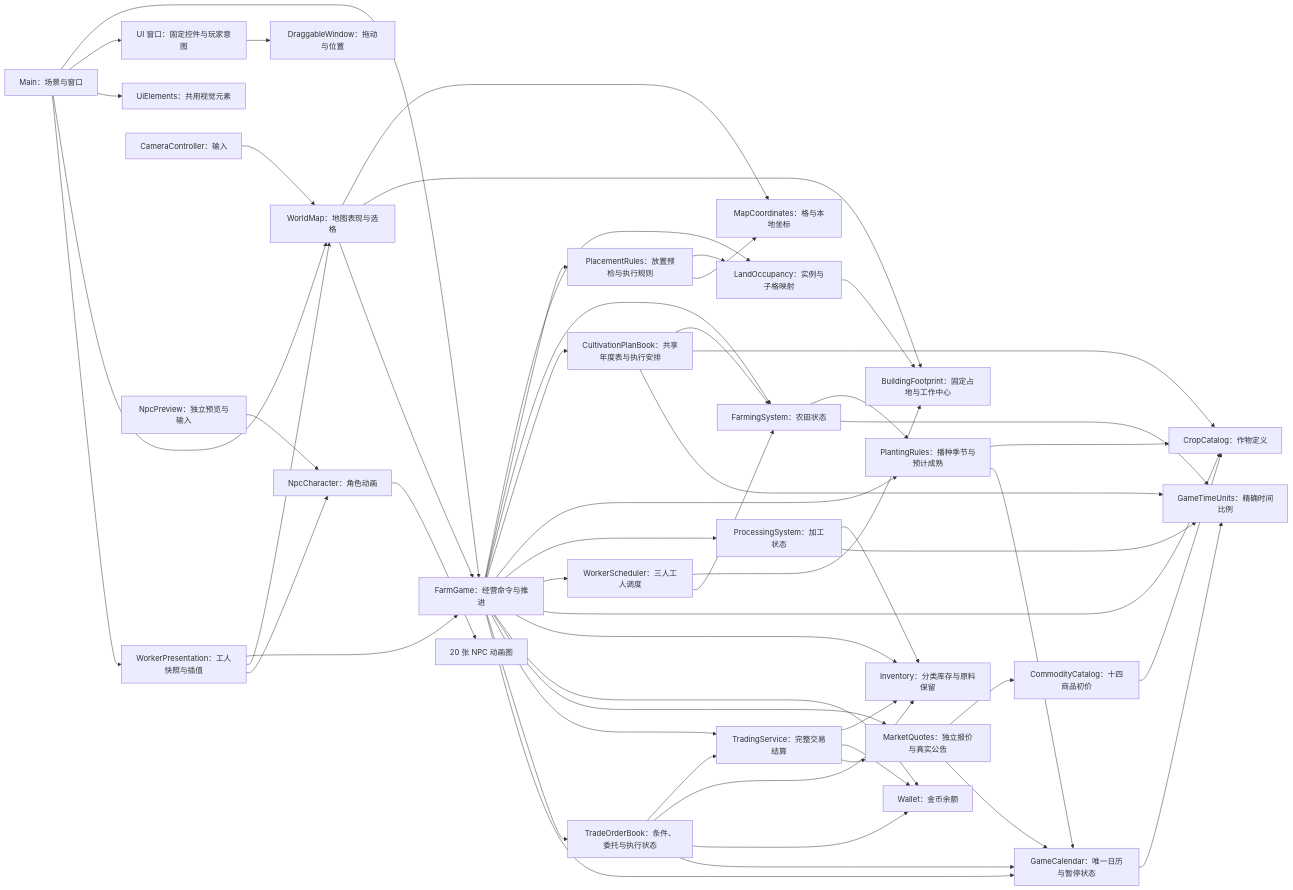
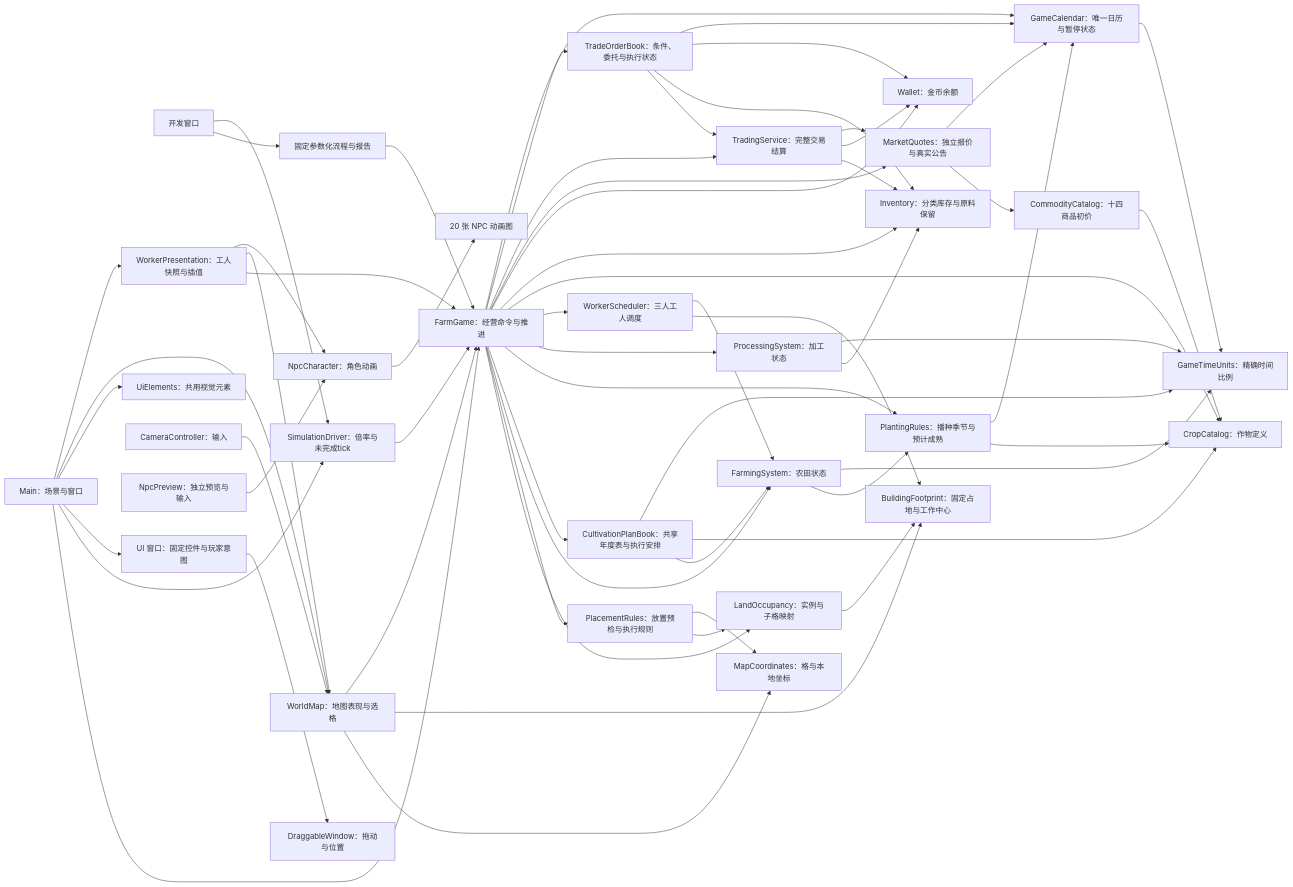
One commit to Fotally/Farm-Exchange changed the diagram in docs/architecture/implementation-system-organization.md. Above: the diagram before and after it, drawn with Mermaid. The commit also changed other lines of this file and 93 other files, not shown here.

````diff
--- a/docs/architecture/implementation-system-organization.md
+++ b/docs/architecture/implementation-system-organization.md
@@ -5,57 +5,62 @@
 ```mermaid
 flowchart LR
     Main[Main：场景与窗口] --> FarmGame[FarmGame：经营命令与推进]
+    Main --> Driver[SimulationDriver：倍率与未完成tick]
+    Driver --> FarmGame
+    DeveloperWindow[开发窗口] --> Scenario[固定参数化流程与报告]
+    Scenario --> FarmGame
+    DeveloperWindow --> Driver
     Main --> UiWindows[UI 窗口：固定控件与玩家意图]
     UiWindows --> DragWindow[DraggableWindow：拖动与位置]
     Main --> UiStyle[UiElements：共用视觉元素]
     Main --> WorldMap[WorldMap：地图表现与选格]
     Main --> WorkerPresentation[WorkerPresentation：工人快照与插值]
     WorkerPresentation --> FarmGame
     WorkerPresentation --> WorldMap
     WorkerPresentation --> NpcCharacter[NpcCharacter：角色动画]
     Camera[CameraController：输入] --> WorldMap
     WorldMap --> MapCoordinates[MapCoordinates：格与本地坐标]
     WorldMap --> Footprint
     WorldMap --> FarmGame
     FarmGame --> LandOccupancy[LandOccupancy：实例与子格映射]
     LandOccupancy --> Footprint[BuildingFootprint：固定占地与工作中心]
     WorkerScheduler --> Footprint
     FarmGame --> PlacementRules[PlacementRules：放置预检与执行规则]
     PlacementRules --> LandOccupancy
     PlacementRules --> MapCoordinates
     FarmGame --> FarmingSystem[FarmingSystem：农田状态]
     FarmGame --> Cultivation[CultivationPlanBook：共享年度表与执行安排]
     Cultivation --> FarmingSystem
     Cultivation --> CropCatalog
     Cultivation --> GameTimeUnits
     FarmGame --> PlantingRules[PlantingRules：播种季节与预计成熟]
     FarmGame --> ProcessingSystem[ProcessingSystem：加工状态]
     FarmGame --> WorkerScheduler[WorkerScheduler：三人工人调度]
     WorkerScheduler --> FarmingSystem
     FarmingSystem --> PlantingRules
     PlantingRules --> CropCatalog
     PlantingRules --> GameCalendar
     FarmGame --> CropCatalog[CropCatalog：作物定义]
     FarmGame --> Inventory[Inventory：分类库存与原料保留]
     ProcessingSystem --> Inventory
     FarmGame --> Wallet[Wallet：金币余额]
     FarmGame --> Market[MarketQuotes：独立报价与真实公告]
     FarmGame --> Trading[TradingService：完整交易结算]
     Trading --> Inventory
     Trading --> Wallet
     Trading --> Market
     FarmGame --> Orders[TradeOrderBook：条件、委托与执行状态]
     Orders --> Trading
     Orders --> Inventory
     Orders --> Wallet
     Orders --> GameCalendar
     Market --> CommodityCatalog[CommodityCatalog：十四商品初价]
     CommodityCatalog --> CropCatalog
     Market --> GameCalendar
     FarmGame --> GameCalendar[GameCalendar：唯一日历与暂停状态]
     FarmingSystem --> GameTimeUnits[GameTimeUnits：精确时间比例]
     ProcessingSystem --> GameTimeUnits
     GameCalendar --> GameTimeUnits
     NpcPreview[NpcPreview：独立预览与输入] --> NpcCharacter
     NpcCharacter --> NpcSheets[20 张 NPC 动画图]
 ```
````
